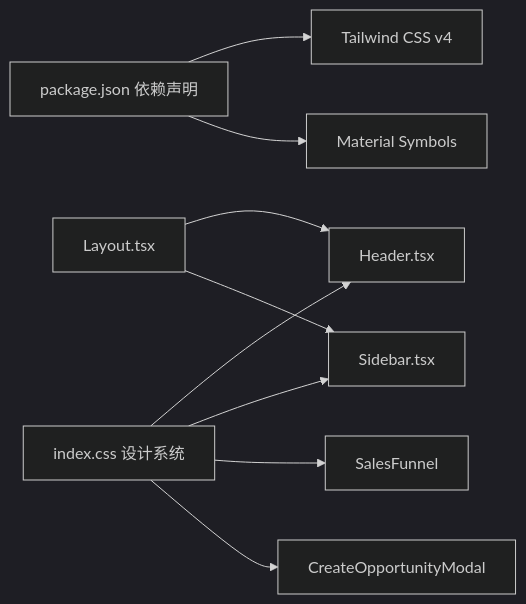
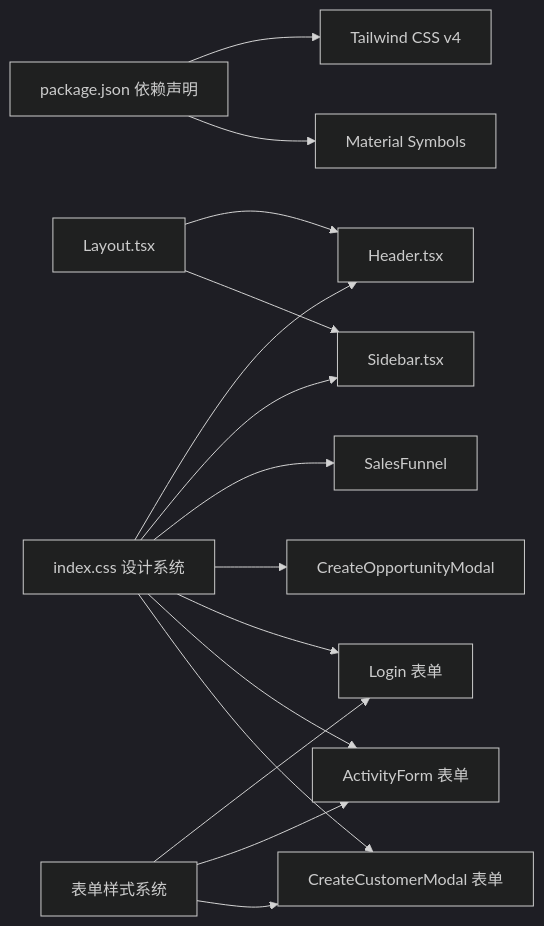
One commit to xianjianshenqu/SalesFlow-CRM changed the second of 2 diagrams in .qoder/repowiki/zh/content/UI_UX设计/组件库规范/组件库规范.md. Above: the diagram before and after it, drawn with Mermaid (dark theme). The commit also changed other lines of this file and 11 other files, not shown here.

````diff
--- a/.qoder/repowiki/zh/content/UI_UX设计/组件库规范/组件库规范.md
+++ b/.qoder/repowiki/zh/content/UI_UX设计/组件库规范/组件库规范.md
@@ -314,20 +429,30 @@
 ```mermaid
 graph LR
 PKG["package.json 依赖声明"]
 TAILWIND["Tailwind CSS v4"]
 MATERIAL["Material Symbols"]
 CSS["index.css 设计系统"]
 HEADER["Header.tsx"]
 SIDEBAR["Sidebar.tsx"]
 LAYOUT["Layout.tsx"]
 FUNNEL["SalesFunnel"]
 MODAL["CreateOpportunityModal"]
+LOGIN["Login 表单"]
+ACTIVITY["ActivityForm 表单"]
+CUSTOMER["CreateCustomerModal 表单"]
+FORMS["表单样式系统"]
 PKG --> TAILWIND
 PKG --> MATERIAL
 CSS --> HEADER
 CSS --> SIDEBAR
 CSS --> FUNNEL
 CSS --> MODAL
+CSS --> LOGIN
+CSS --> ACTIVITY
+CSS --> CUSTOMER
+FORMS --> LOGIN
+FORMS --> ACTIVITY
+FORMS --> CUSTOMER
 LAYOUT --> HEADER
 LAYOUT --> SIDEBAR
 ```
````
